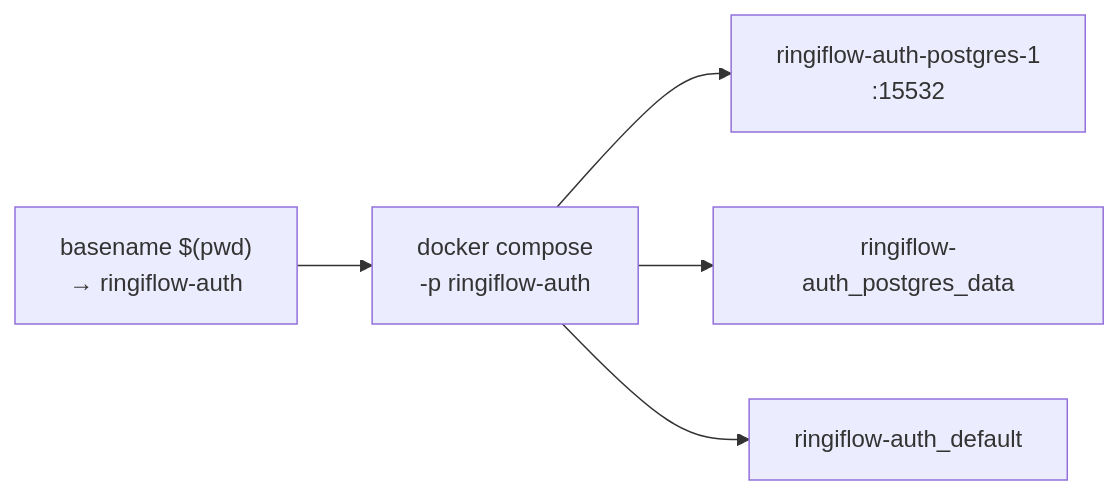
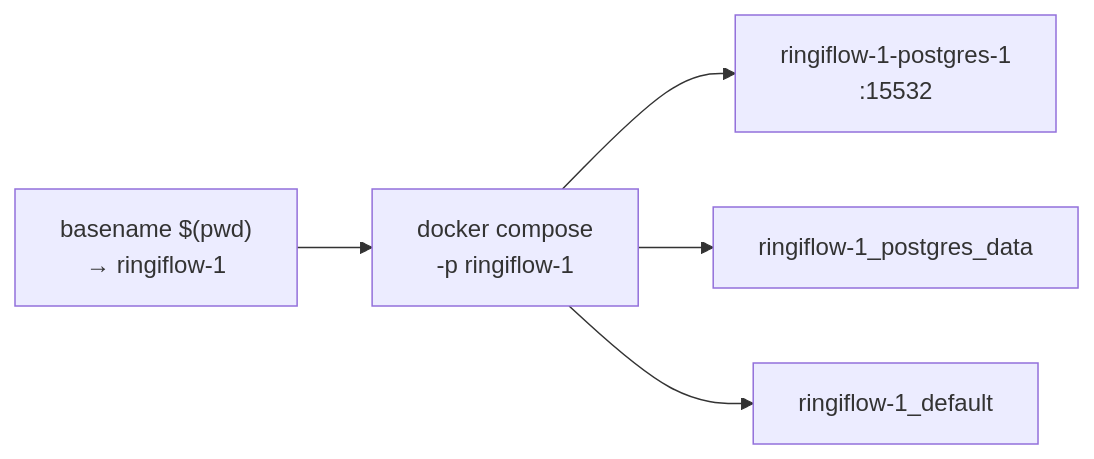
One commit to ka2kama/ringiflow changed the sixth of 7 diagrams in docs/07_実装解説/03_並行開発環境/02_並行開発環境_コード解説.md. Above: the diagram before and after it, drawn with Mermaid. The commit also changed other lines of this file and 14 other files, not shown here.

````diff
--- a/docs/07_実装解説/03_並行開発環境/02_並行開発環境_コード解説.md
+++ b/docs/07_実装解説/03_並行開発環境/02_並行開発環境_コード解説.md
@@ -180,7 +268,7 @@
 ```mermaid
 flowchart LR
-    PWD["basename $(pwd)<br/>→ ringiflow-auth"] --> Compose["docker compose<br/>-p ringiflow-auth"]
-    Compose --> Container["ringiflow-auth-postgres-1<br/>:15532"]
-    Compose --> Volume["ringiflow-auth_postgres_data"]
-    Compose --> Network["ringiflow-auth_default"]
+    PWD["basename $(pwd)<br/>→ ringiflow-1"] --> Compose["docker compose<br/>-p ringiflow-1"]
+    Compose --> Container["ringiflow-1-postgres-1<br/>:15532"]
+    Compose --> Volume["ringiflow-1_postgres_data"]
+    Compose --> Network["ringiflow-1_default"]
 ```
````
